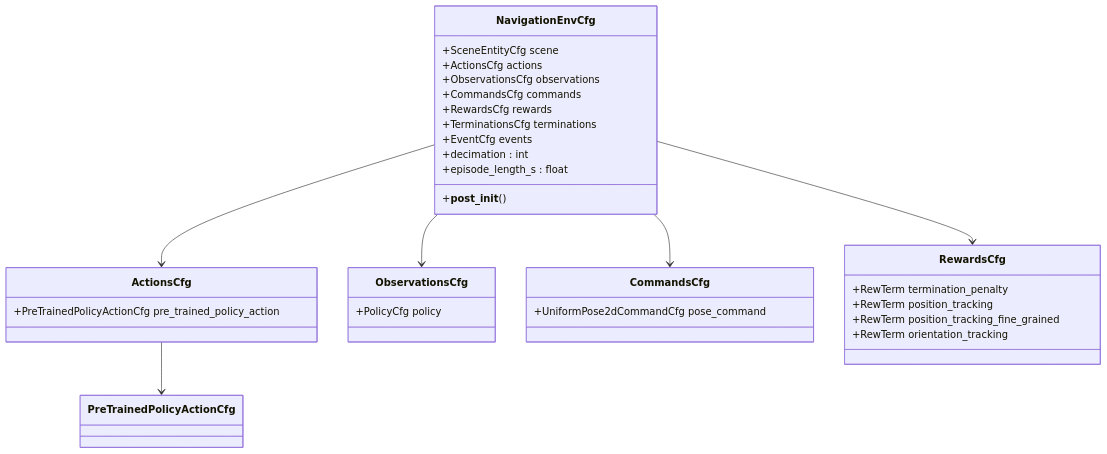
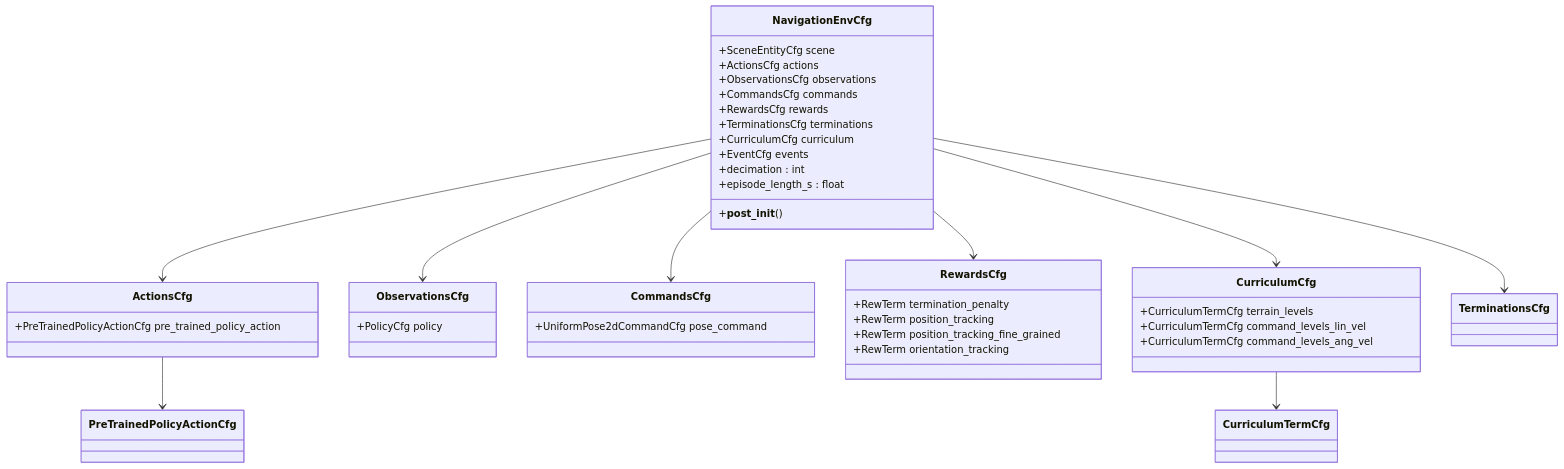
One commit to jayjayhust/robot_lab changed the second of 10 diagrams in .qoder/repowiki/en/content/Task Configuration Framework/Navigation System Overview.md. Above: the diagram before and after it, drawn with Mermaid. The commit also changed other lines of this file and 14 other files, not shown here.

````diff
--- a/.qoder/repowiki/en/content/Task Configuration Framework/Navigation System Overview.md
+++ b/.qoder/repowiki/en/content/Task Configuration Framework/Navigation System Overview.md
@@ -85,35 +111,44 @@
 ```mermaid
 classDiagram
 class NavigationEnvCfg {
 +SceneEntityCfg scene
 +ActionsCfg actions
 +ObservationsCfg observations
 +CommandsCfg commands
 +RewardsCfg rewards
 +TerminationsCfg terminations
++CurriculumCfg curriculum
 +EventCfg events
 +__post_init__()
 +decimation : int
 +episode_length_s : float
 }
 class ActionsCfg {
 +PreTrainedPolicyActionCfg pre_trained_policy_action
 }
 class ObservationsCfg {
 +PolicyCfg policy
 }
 class CommandsCfg {
 +UniformPose2dCommandCfg pose_command
 }
 class RewardsCfg {
 +RewTerm termination_penalty
 +RewTerm position_tracking
 +RewTerm position_tracking_fine_grained
 +RewTerm orientation_tracking
 }
+class CurriculumCfg {
++CurriculumTermCfg terrain_levels
++CurriculumTermCfg command_levels_lin_vel
++CurriculumTermCfg command_levels_ang_vel
+}
 NavigationEnvCfg --> ActionsCfg
 NavigationEnvCfg --> ObservationsCfg
 NavigationEnvCfg --> CommandsCfg
 NavigationEnvCfg --> RewardsCfg
+NavigationEnvCfg --> TerminationsCfg
+NavigationEnvCfg --> CurriculumCfg
 ActionsCfg --> PreTrainedPolicyActionCfg
+CurriculumCfg --> CurriculumTermCfg
 ```
````
